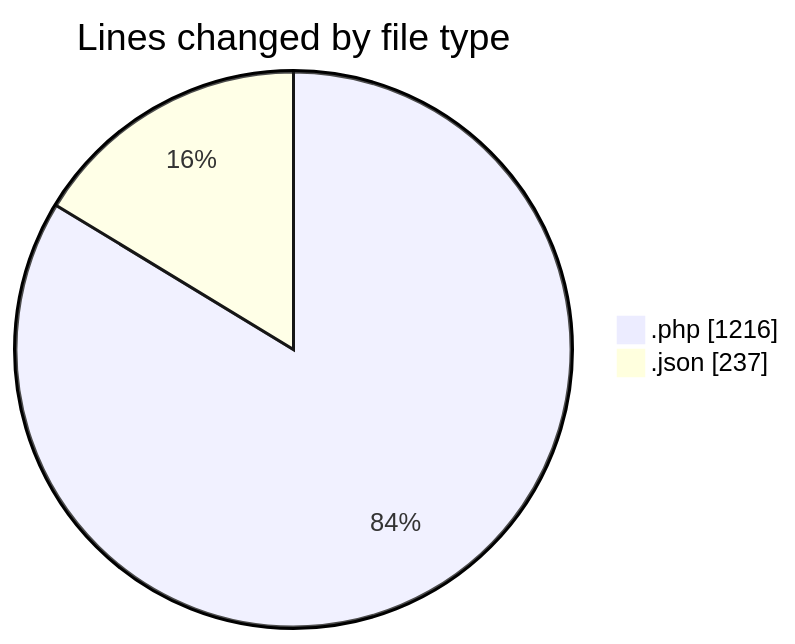
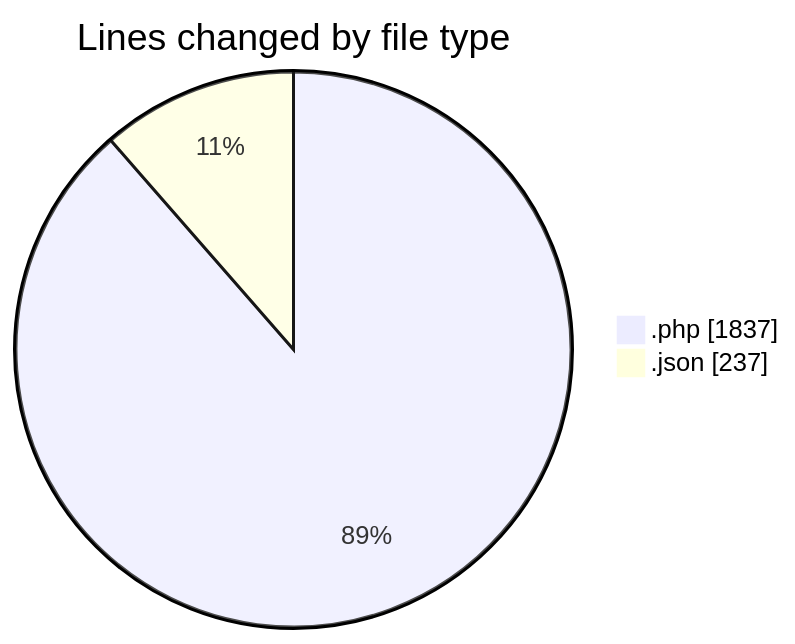
The first of 2 diagrams in 2025-06-15/studio-backend/README.md (idhammustaqopulfikri/code-tracking), drawn with Mermaid before and after one commit. The commit also changed other lines of this file and 1 other file, not shown here.

````diff
--- a/2025-06-15/studio-backend/README.md
+++ b/2025-06-15/studio-backend/README.md
@@ -31,6 +31,6 @@
 ```mermaid
 pie showData
 title Lines changed by file type
-".php" : 1216
+".php" : 1837
 ".json" : 237
 ```
````
